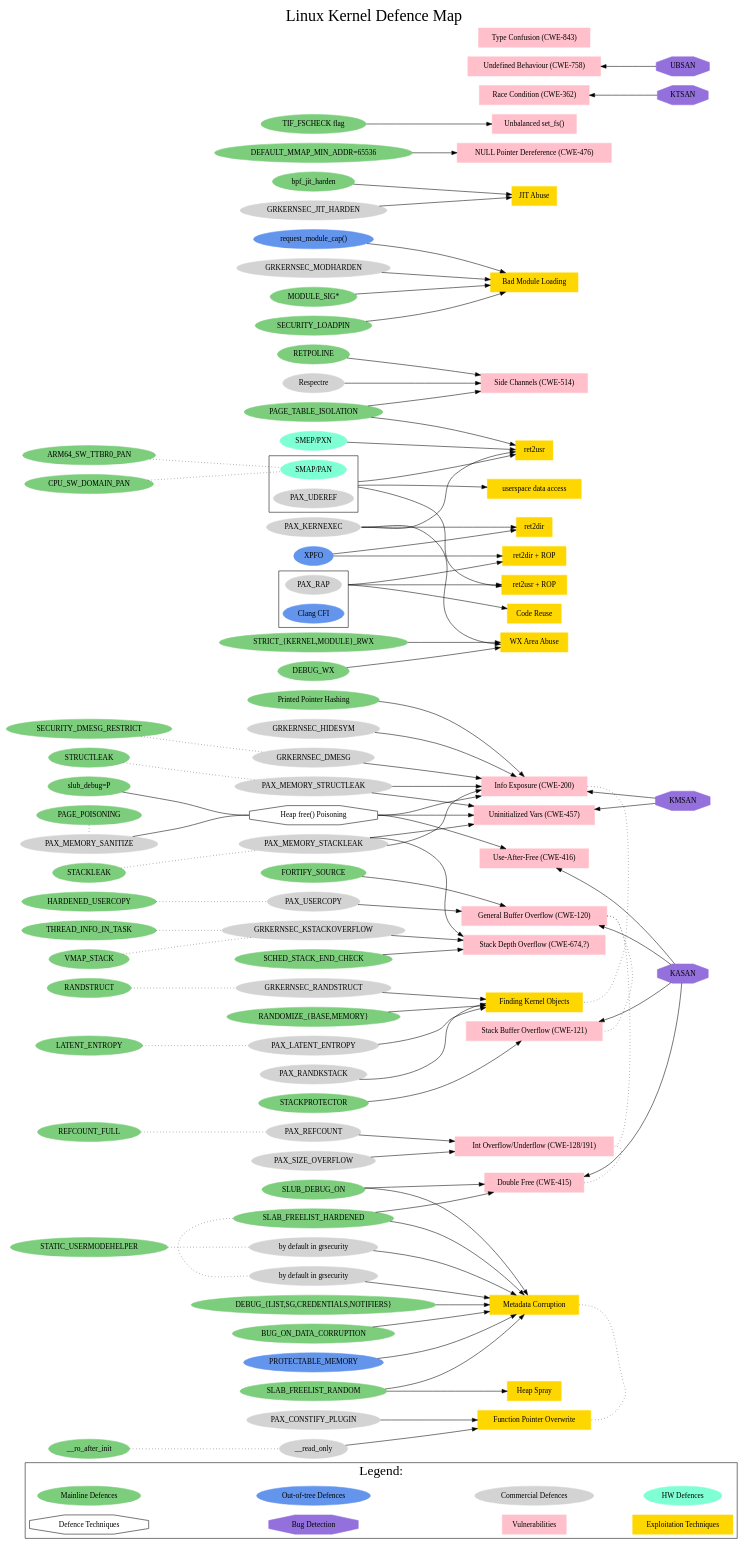
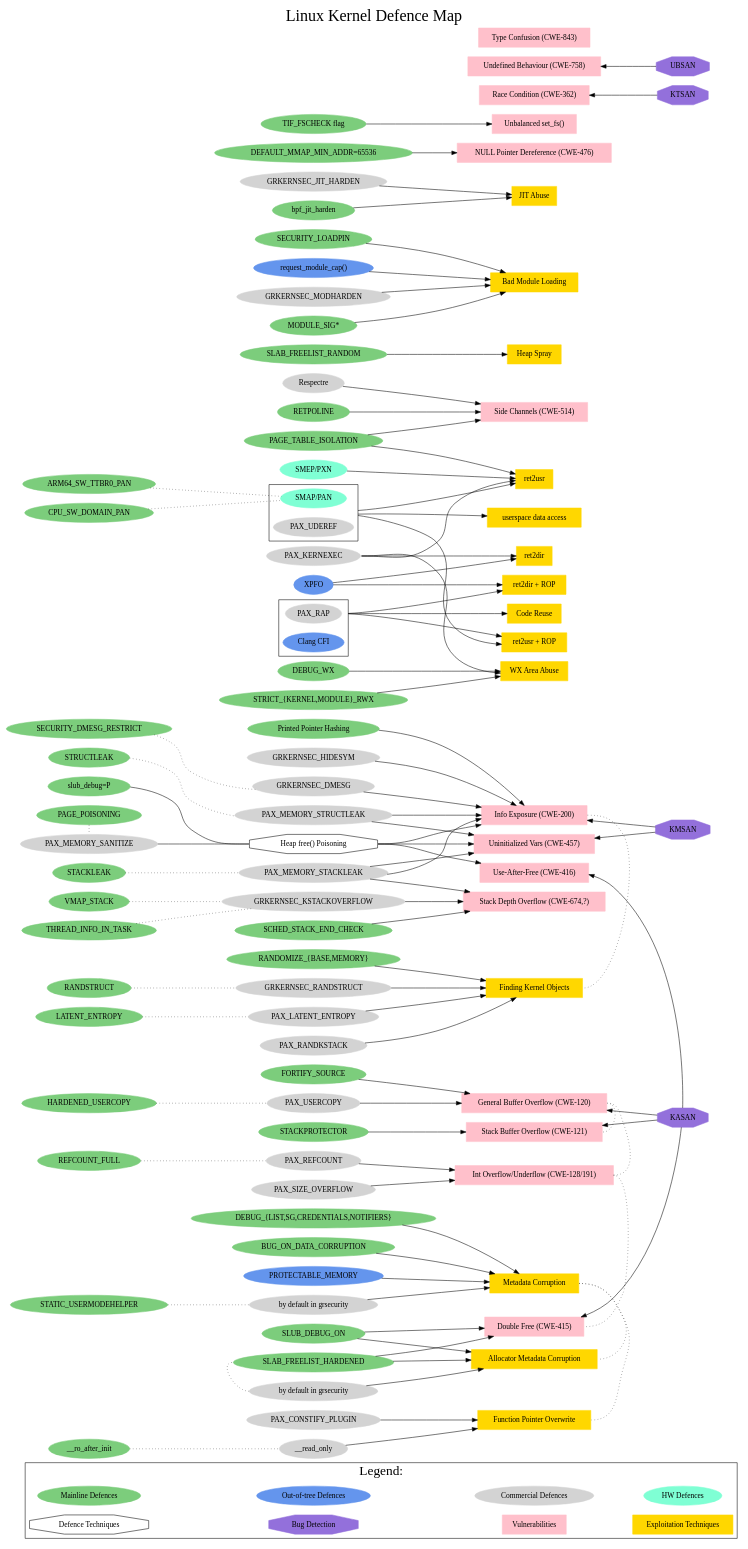
Before and after one commit to a13xp0p0v/linux-kernel-defence-map: the diagram in linux-kernel-defence-map.dot, drawn with Graphviz.

Commit message:
Add "Allocator Metadata Corruption" exploitation technique

```diff
--- a/linux-kernel-defence-map.dot
+++ b/linux-kernel-defence-map.dot
@@ -205,6 +205,7 @@
     // Exploitation Techniques
     node [shape=box, color=gold];
     "Metadata Corruption";
+    "Allocator Metadata Corruption";
     "Function Pointer Overwrite";
     "Heap Spray";
     "Code Reuse";
@@ -225,6 +226,7 @@
   "Int Overflow/Underflow (CWE-128/191)" -> "Double Free (CWE-415)";
   "Info Exposure (CWE-200)" -> "Finding Kernel Objects";
   "Metadata Corruption" -> "Function Pointer Overwrite";
+  "Metadata Corruption" -> "Allocator Metadata Corruption";
 
 
   // Bug Detection Means
@@ -291,12 +293,12 @@
 
   "DEBUG_{LIST,SG,CREDENTIALS,NOTIFIERS}" -> "Metadata Corruption";
   "BUG_ON_DATA_CORRUPTION" -> "Metadata Corruption";
-  "SLUB_DEBUG_ON" -> "Metadata Corruption";
-  "SLAB_FREELIST_RANDOM" -> "Metadata Corruption";
-  "SLAB_FREELIST_HARDENED" -> "Metadata Corruption";
   "PROTECTABLE_MEMORY" -> "Metadata Corruption";
   grsecurity_hardened_usermodehelper -> "Metadata Corruption";
-  grsecurity_hardened_freelist -> "Metadata Corruption";
+
+  "SLUB_DEBUG_ON" -> "Allocator Metadata Corruption";
+  grsecurity_hardened_freelist -> "Allocator Metadata Corruption";
+  "SLAB_FREELIST_HARDENED" -> "Allocator Metadata Corruption";
 
   "PAX_CONSTIFY_PLUGIN" -> "Function Pointer Overwrite";
   "__read_only" -> "Function Pointer Overwrite";
```
